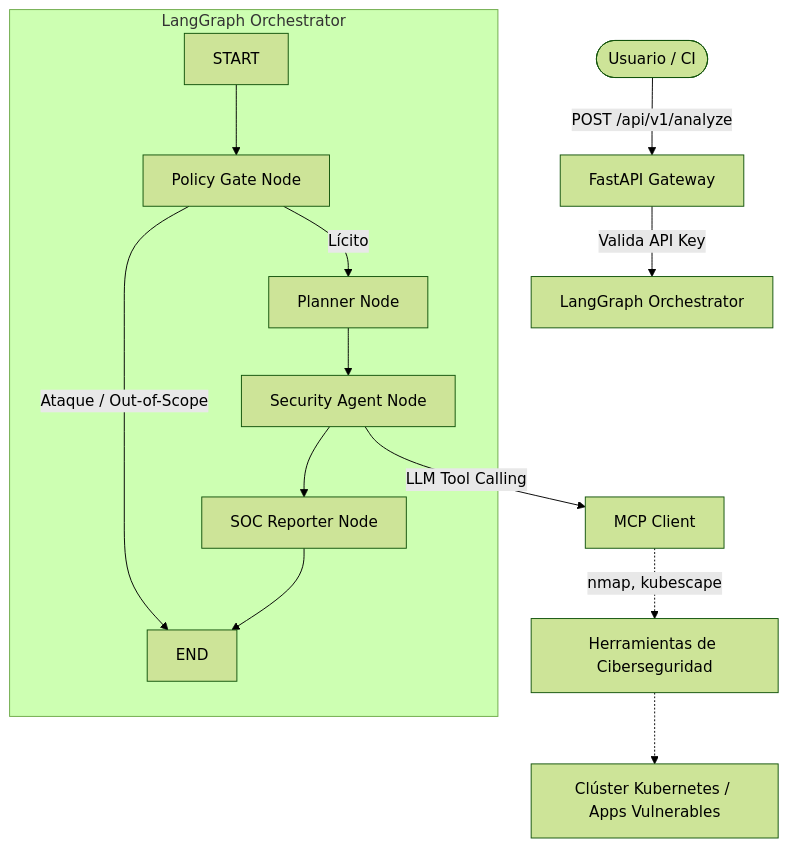
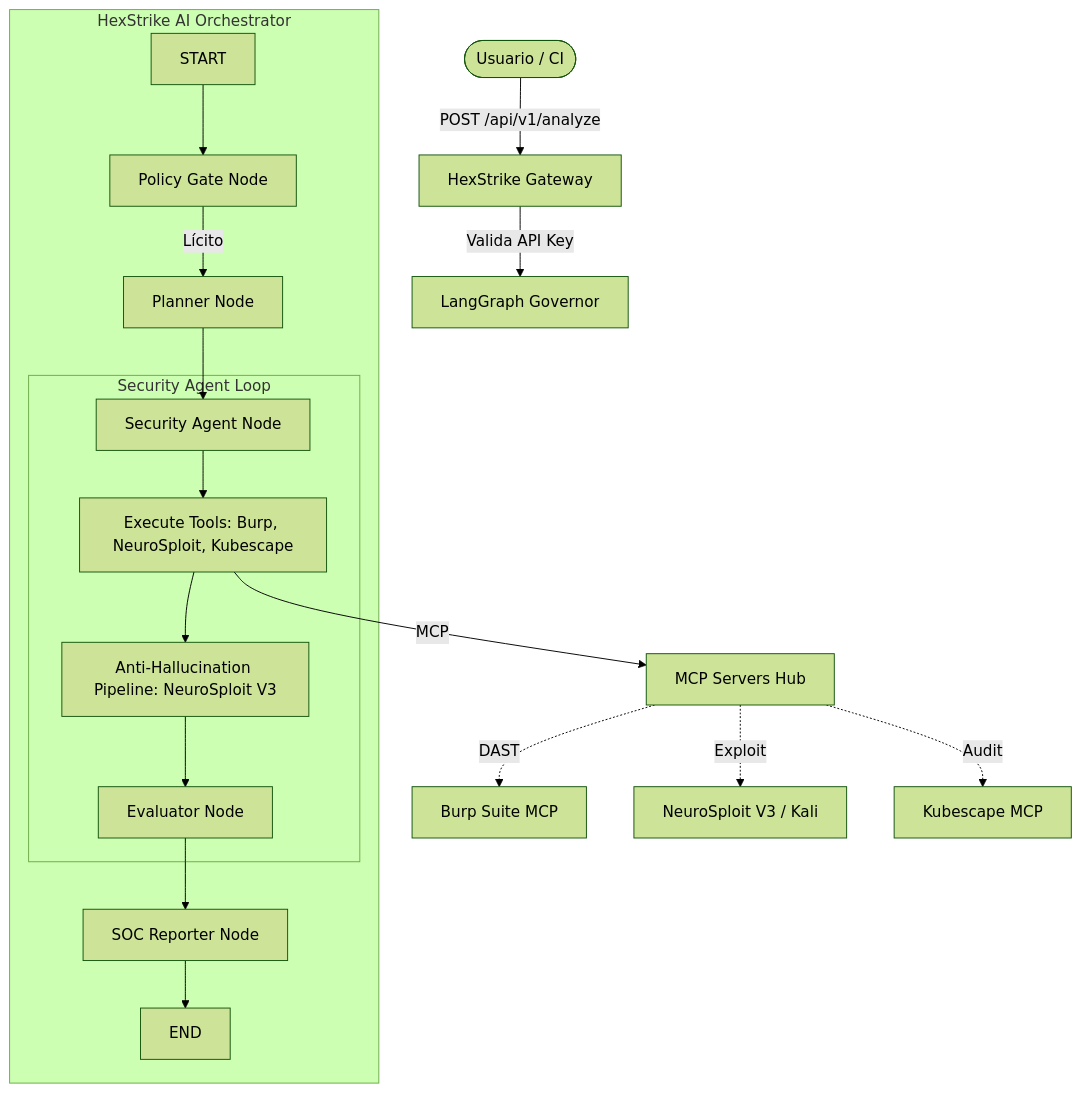
The diagram in README.md (rubences/laboratorio-controlado-de-ciberseguridad-cloud-native-con-IA), drawn with Mermaid (forest theme) before and after one commit. The commit also changed other lines of this file and 5 other files, not shown here.

First line of the commit message:
Rebrand to HexStrike; add Anti-Hallucination

````diff
--- a/README.md
+++ b/README.md
@@ -19,18 +19,25 @@
 ```mermaid
 graph TD
-    User([Usuario / CI]) -->|POST /api/v1/analyze| API[FastAPI Gateway]
-    API -->|Valida API Key| LG[LangGraph Orchestrator]
+    User([Usuario / CI]) -->|POST /api/v1/analyze| API[HexStrike Gateway]
+    API -->|Valida API Key| LG[LangGraph Governor]
     
-    subgraph LangGraph Orchestrator
+    subgraph HexStrike AI Orchestrator
         START --> PG[Policy Gate Node]
-        PG -- "Ataque / Out-of-Scope" --> END
         PG -- "Lícito" --> P[Planner Node]
         P --> SA[Security Agent Node]
-        SA --> SOC[SOC Reporter Node]
+        
+        subgraph Security Agent Loop
+            SA --> EXE[Execute Tools: Burp, NeuroSploit, Kubescape]
+            EXE --> AH[Anti-Hallucination Pipeline: NeuroSploit V3]
+            AH --> EVAL[Evaluator Node]
+        end
+        
+        EVAL --> SOC[SOC Reporter Node]
         SOC --> END
     end
 
-    SA -->|LLM Tool Calling| MCP[MCP Client]
-    MCP -.->|nmap, kubescape| Tools[Herramientas de Ciberseguridad]
-    Tools -.-> K8s[Clúster Kubernetes / Apps Vulnerables]
+    EXE -->|MCP| Servers[MCP Servers Hub]
+    Servers -.->|DAST| Burp[Burp Suite MCP]
+    Servers -.->|Exploit| NS[NeuroSploit V3 / Kali]
+    Servers -.->|Audit| KS[Kubescape MCP]
 ```
````
